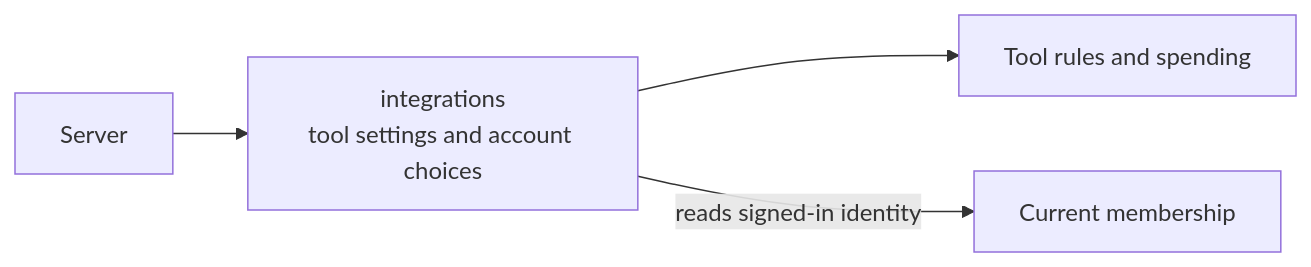
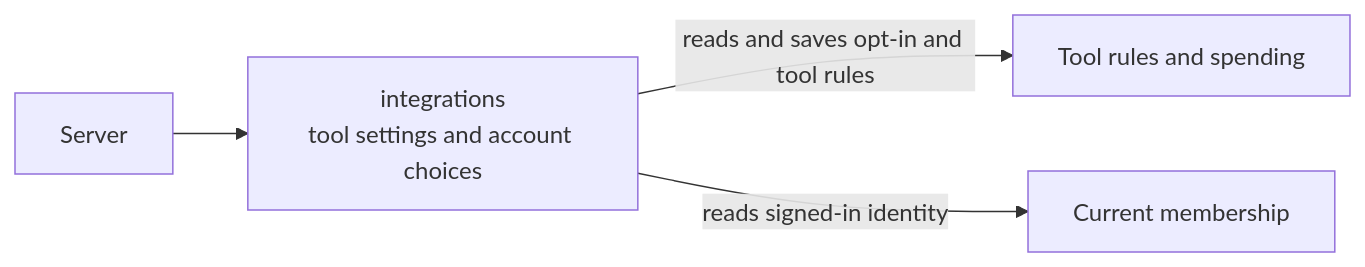
Before and after one commit to elewa-git/opencrane-new: the diagram in apps/server/src/integrations/README.md, drawn with Mermaid. The commit also changed other lines of this file and 7 other files, not shown here.

````diff
--- a/apps/server/src/integrations/README.md
+++ b/apps/server/src/integrations/README.md
@@ -73,6 +73,6 @@
 ```mermaid
 flowchart LR
   server[Server] --> integrations["integrations<br/>tool settings and account choices"]
-  integrations --> models[Tool rules and spending]
+  integrations -->|reads and saves opt-in and tool rules| models[Tool rules and spending]
   integrations -->|reads signed-in identity| members[Current membership]
 ```
````
